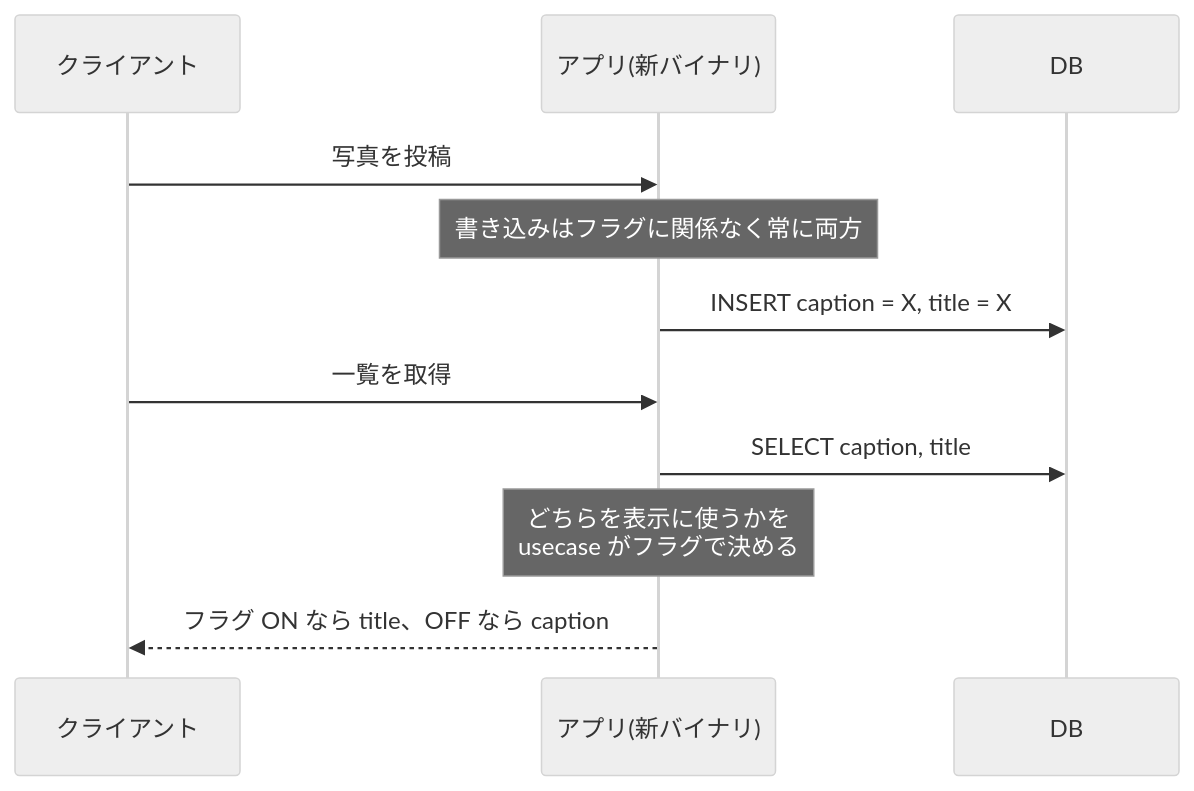
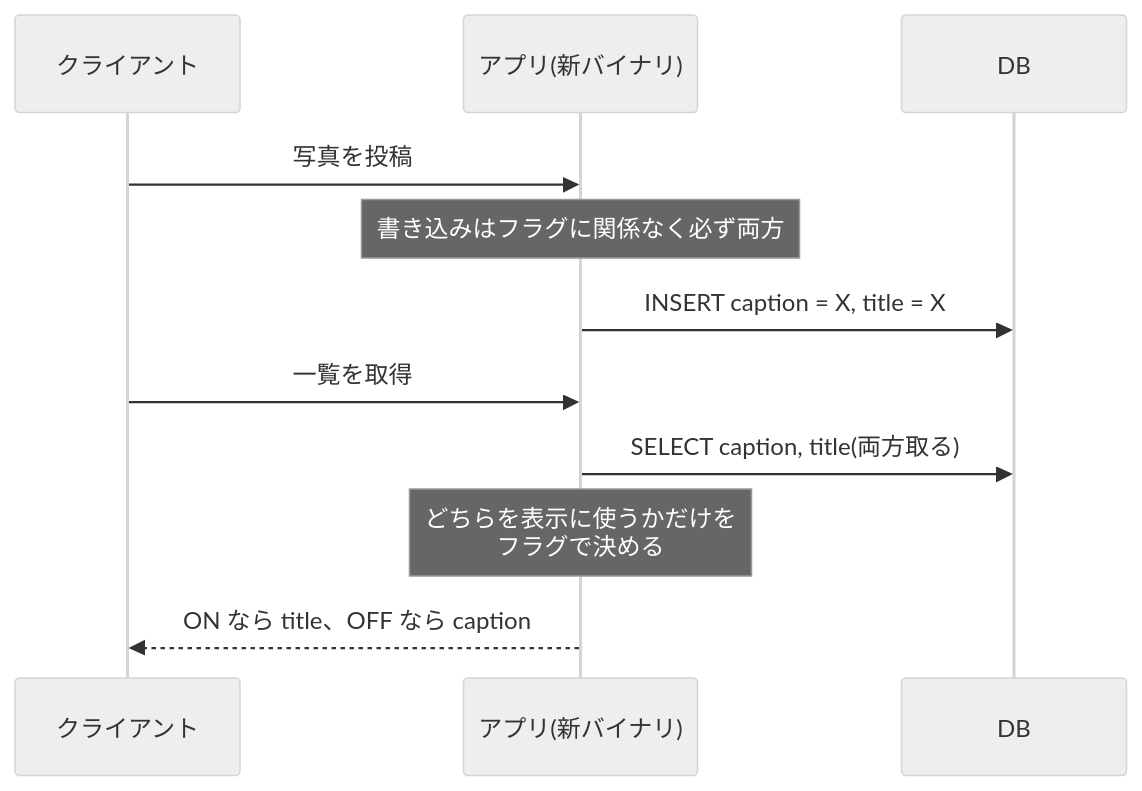
One commit to rikukaInoue/rikukadev changed the fifth of 14 diagrams in src/content/blog/online-migration-and-deploy-isolation.mdx. Above: the diagram before and after it, drawn with Mermaid (neutral theme). The commit also changed other lines of this file, not shown here.

````diff
--- a/src/content/blog/online-migration-and-deploy-isolation.mdx
+++ b/src/content/blog/online-migration-and-deploy-isolation.mdx
@@ -131,13 +215,13 @@
 ```mermaid
 sequenceDiagram
     participant C as クライアント
     participant A as アプリ(新バイナリ)
     participant D as DB
     C->>A: 写真を投稿
-    Note over A: 書き込みはフラグに関係なく常に両方
+    Note over A: 書き込みはフラグに関係なく必ず両方
     A->>D: INSERT caption = X, title = X
     C->>A: 一覧を取得
-    A->>D: SELECT caption, title
-    Note over A: どちらを表示に使うかを<br/>usecase がフラグで決める
-    A-->>C: フラグ ON なら title、OFF なら caption
+    A->>D: SELECT caption, title(両方取る)
+    Note over A: どちらを表示に使うかだけを<br/>フラグで決める
+    A-->>C: ON なら title、OFF なら caption
 ```
````
